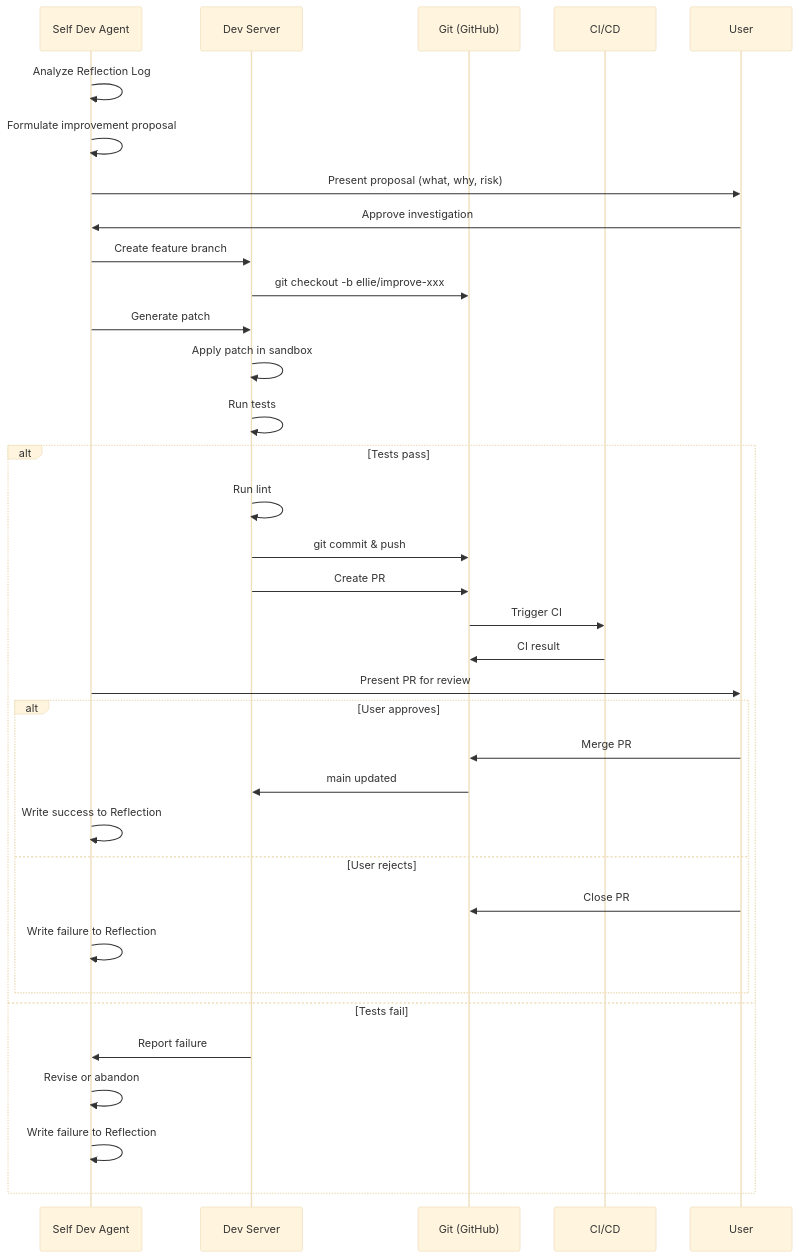
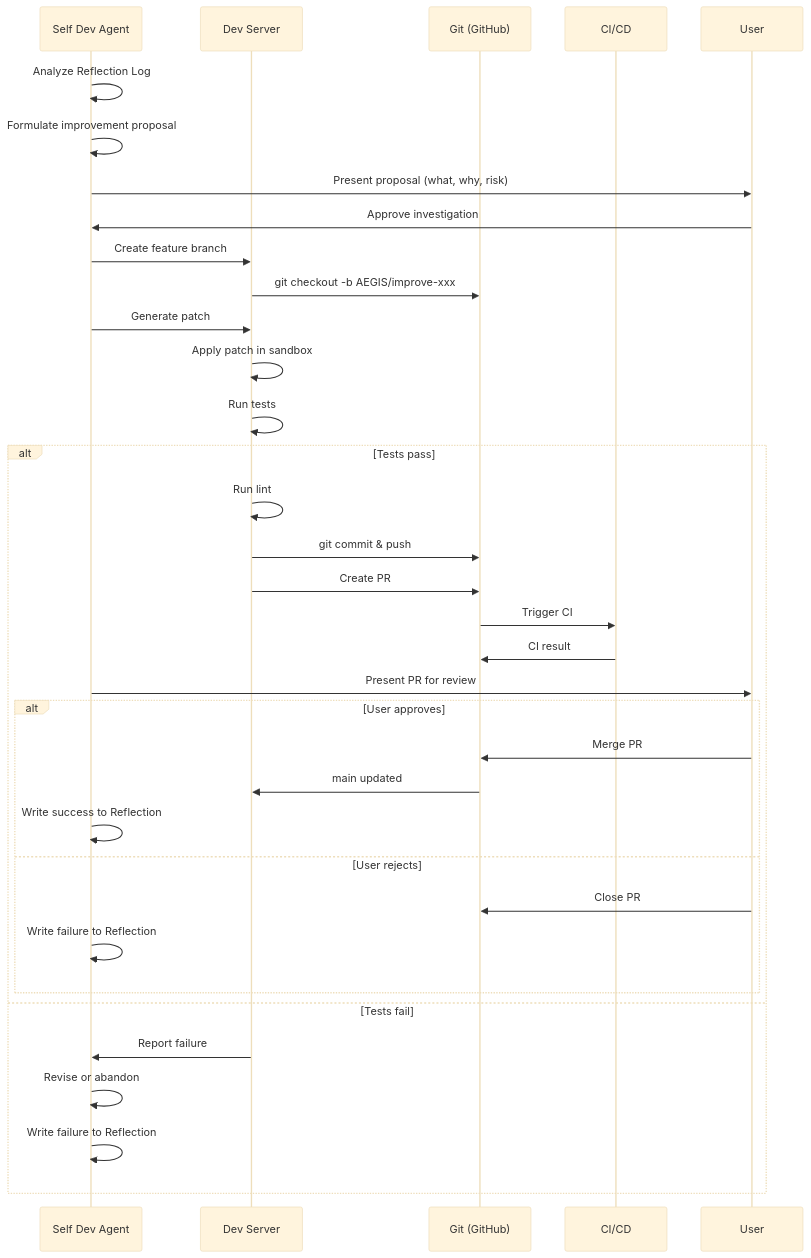
The fourth of 4 diagrams in docs/architecture.md (Kohaku912/AEGIS), drawn with Mermaid (base theme) before and after one commit. The commit also changed other lines of this file and 130 other files, not shown here.

Commit message:
Rename Ellie to AEGIS project-wide: protos, packages, docs, code

````diff
--- a/docs/architecture.md
+++ b/docs/architecture.md
@@ -526,40 +526,40 @@
 ```mermaid
 sequenceDiagram
     participant SDA as Self Dev Agent
     participant DS as Dev Server
     participant Git as Git (GitHub)
     participant CI as CI/CD
     participant User as User
 
     SDA->>SDA: Analyze Reflection Log
     SDA->>SDA: Formulate improvement proposal
     SDA->>User: Present proposal (what, why, risk)
     User->>SDA: Approve investigation
 
     SDA->>DS: Create feature branch
-    DS->>Git: git checkout -b ellie/improve-xxx
+    DS->>Git: git checkout -b AEGIS/improve-xxx
     SDA->>DS: Generate patch
     DS->>DS: Apply patch in sandbox
     DS->>DS: Run tests
 
     alt Tests pass
         DS->>DS: Run lint
         DS->>Git: git commit & push
         DS->>Git: Create PR
         Git->>CI: Trigger CI
         CI->>Git: CI result
         SDA->>User: Present PR for review
         alt User approves
             User->>Git: Merge PR
             Git->>DS: main updated
             SDA->>SDA: Write success to Reflection
         else User rejects
             User->>Git: Close PR
             SDA->>SDA: Write failure to Reflection
         end
     else Tests fail
         DS->>SDA: Report failure
         SDA->>SDA: Revise or abandon
         SDA->>SDA: Write failure to Reflection
     end
 ```
````
